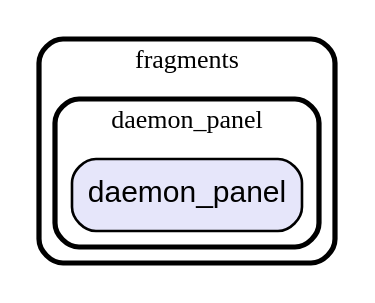
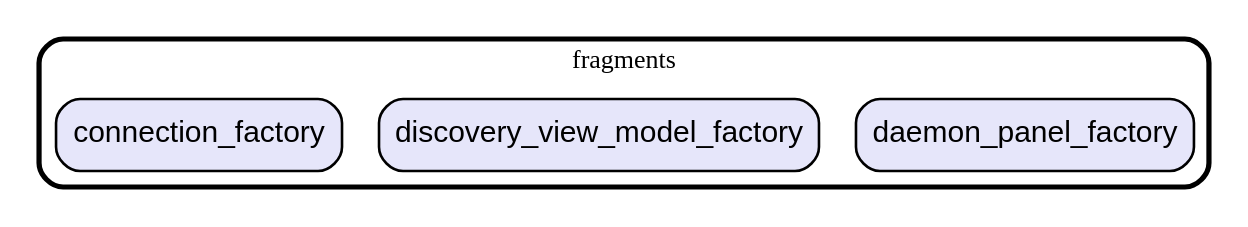
Before and after one commit to gev/reacthome-mobile: the diagram in graph/lib/app/ui/fragments.dot, drawn with Graphviz. The commit also changed 18 other files, not shown here.

Commit message:
update module's dependencies graph

```diff
--- a/graph/lib/app/ui/fragments.dot
+++ b/graph/lib/app/ui/fragments.dot
@@ -1,13 +1,14 @@
 digraph "" {
   graph [style=rounded fontname="Arial Black" fontsize=13 penwidth=2.6];
   node [shape=rect style="filled,rounded" fontname=Arial fontsize=15 fillcolor=Lavender penwidth=1.3];
   edge [penwidth=1.3];
-  "/daemon_panel/daemon_panel.dart" [label="daemon_panel"];
+  "/daemon_panel_factory.dart" [label="daemon_panel_factory"];
+  "/discovery_view_model_factory.dart" [label="discovery_view_model_factory"];
+  "/connection_factory.dart" [label="connection_factory"];
   subgraph "cluster~" {
     label="fragments";
-    subgraph "cluster~/daemon_panel" {
-      label="daemon_panel";
-      "/daemon_panel/daemon_panel.dart";
-    }
+    "/daemon_panel_factory.dart";
+    "/discovery_view_model_factory.dart";
+    "/connection_factory.dart";
   }
 }
```
